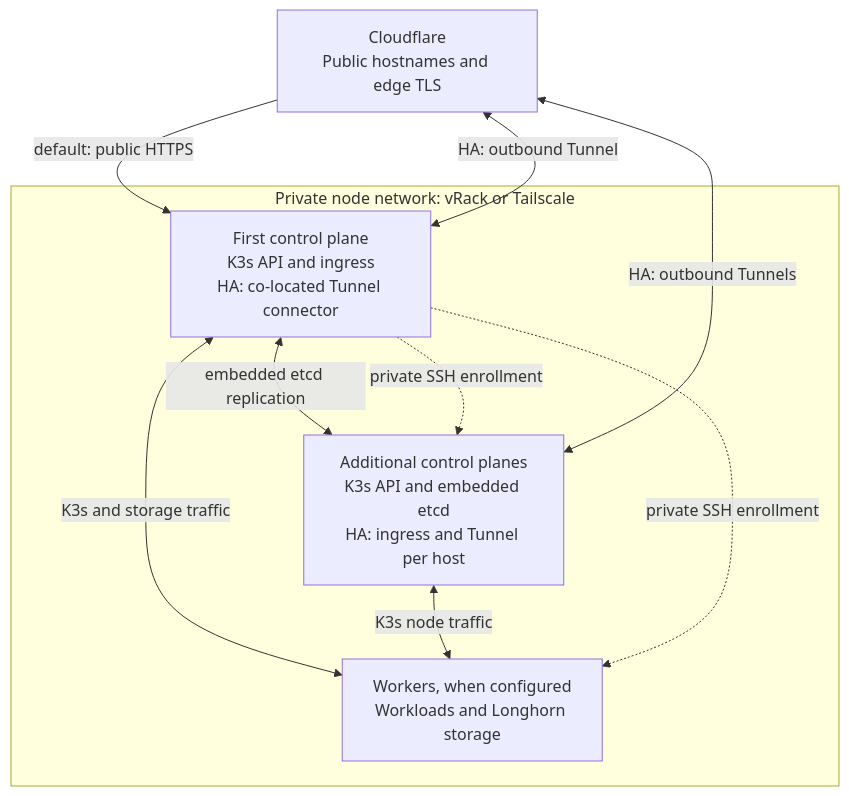
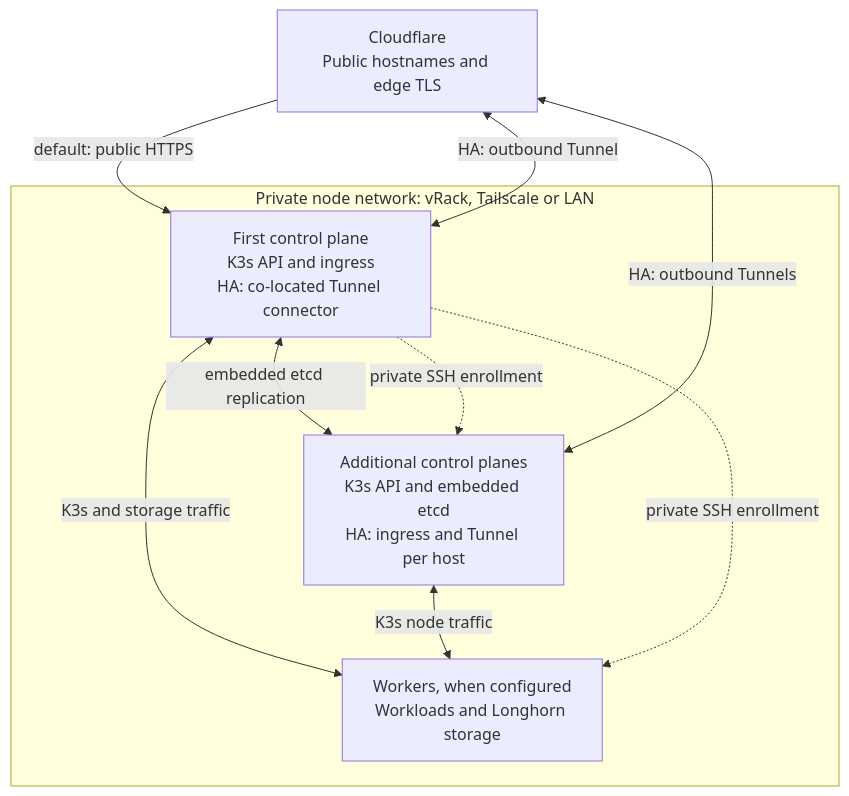
Before and after one commit to chefzaid/swirl-cloud: the third of 3 diagrams in docs/architecture.md, drawn with Mermaid. The commit also changed 17 other files, not shown here.

Commit message:
Support a local LAN node transport without vRack or Tailscale

````diff
--- a/docs/architecture.md
+++ b/docs/architecture.md
@@ -66,19 +66,19 @@
 ```mermaid
 flowchart TB
     accTitle: Default and HA ingress over the private node network
-    accDescr: Default public traffic enters the first control plane. Opt-in HA uses outbound Cloudflare Tunnel connectors beside ingress on each control plane. Control planes and workers communicate privately through vRack or Tailscale.
+    accDescr: Default public traffic enters the first control plane. Opt-in HA uses outbound Cloudflare Tunnel connectors beside ingress on each control plane. Control planes and workers communicate privately through vRack, Tailscale or a trusted LAN.
     Edge["Cloudflare<br/>Public hostnames and edge TLS"]
-    subgraph Private["Private node network: vRack or Tailscale"]
+    subgraph Private["Private node network: vRack, Tailscale or LAN"]
         First["First control plane<br/>K3s API and ingress<br/>HA: co-located Tunnel connector"]
         Servers["Additional control planes<br/>K3s API and embedded etcd<br/>HA: ingress and Tunnel per host"]
         Workers["Workers, when configured<br/>Workloads and Longhorn storage"]
         First <-->|embedded etcd replication| Servers
         First <-->|K3s and storage traffic| Workers
         Servers <-->|K3s node traffic| Workers
         First -.->|private SSH enrollment| Servers
         First -.->|private SSH enrollment| Workers
     end
     Edge -->|default: public HTTPS| First
     First <-->|HA: outbound Tunnel| Edge
     Servers <-->|HA: outbound Tunnels| Edge
 ```
````
